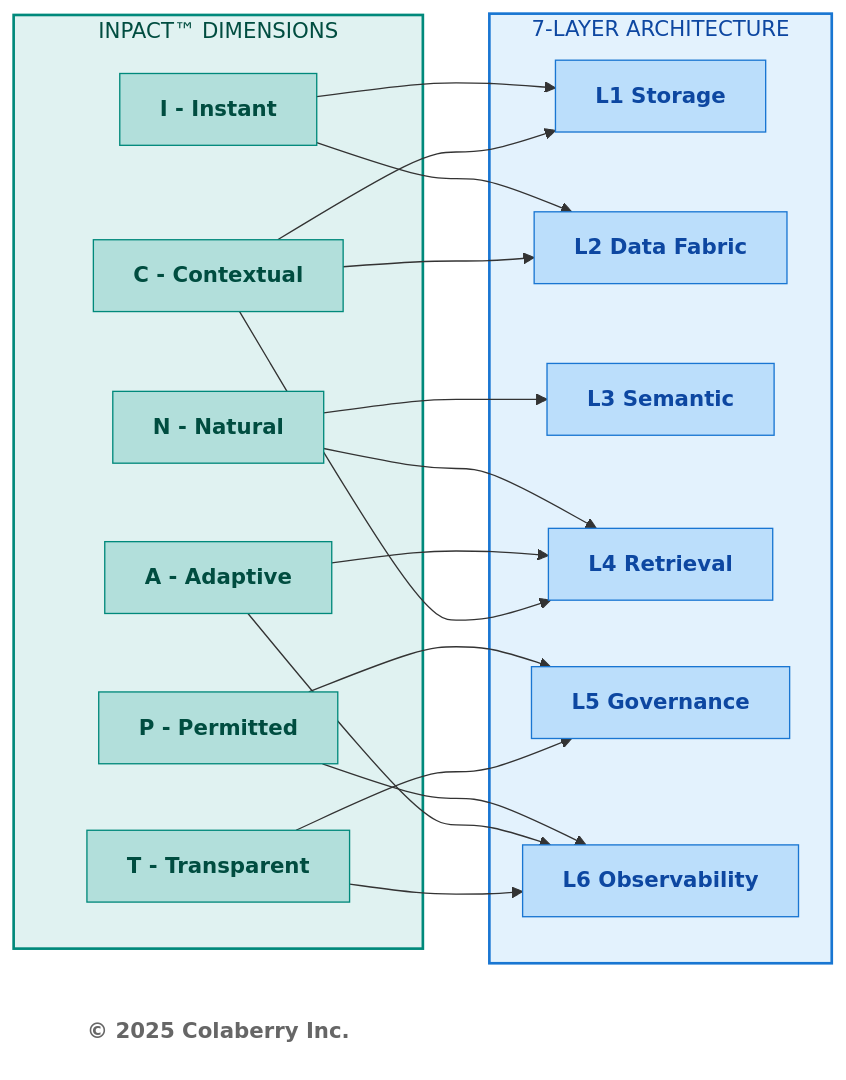
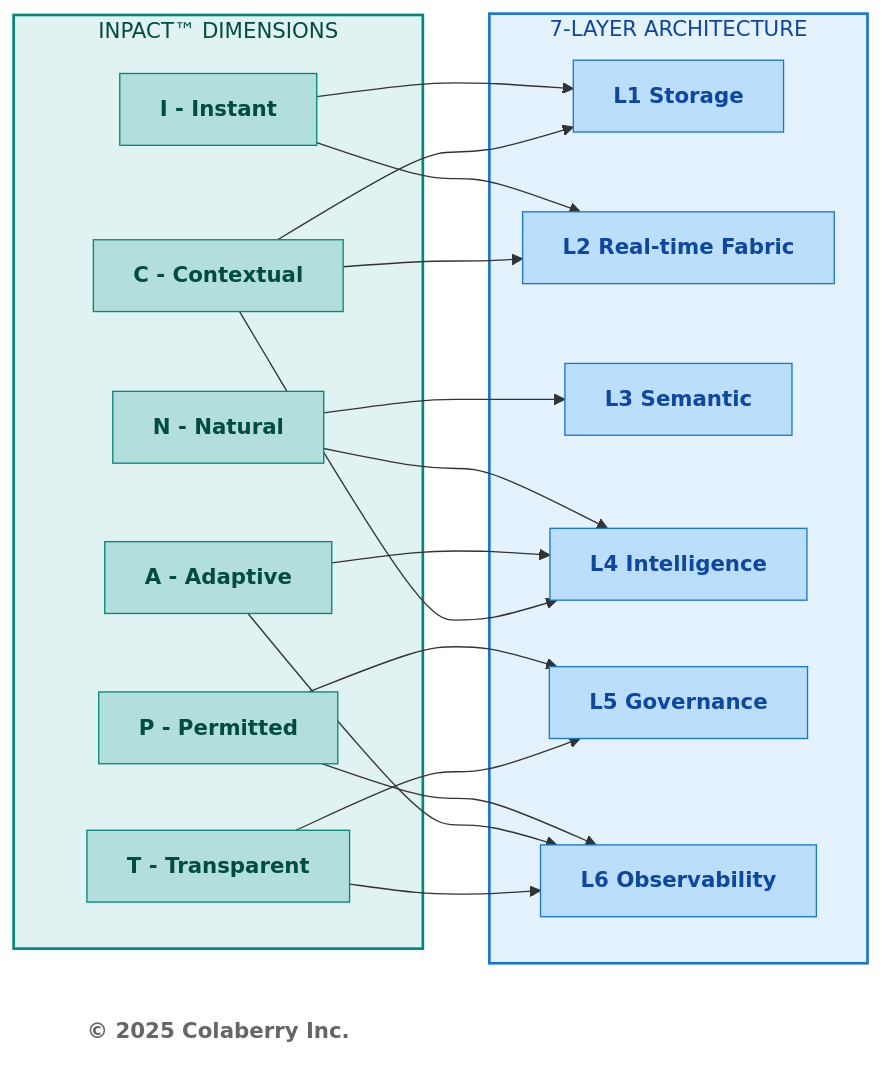
Before and after one commit to colaberry/trust-before-intelligence-book: the fourth of 6 diagrams in manuscript/10_chapter_9_measuring_agent_readiness.md, drawn with Mermaid. The commit also changed other lines of this file and 1 other file, not shown here.

First line of the commit message:
clearning up diagrams

````diff
--- a/manuscript/10_chapter_9_measuring_agent_readiness.md
+++ b/manuscript/10_chapter_9_measuring_agent_readiness.md
@@ -257,52 +261,52 @@
 ```mermaid
 graph LR
     subgraph INPACT["INPACT™ DIMENSIONS"]
         I["<b>I - Instant</b>"]
         N["<b>N - Natural</b>"]
         P["<b>P - Permitted</b>"]
         A["<b>A - Adaptive</b>"]
         C["<b>C - Contextual</b>"]
         T["<b>T - Transparent</b>"]
     end
     
     subgraph LAYERS["7-LAYER ARCHITECTURE"]
         L1["<b>L1 Storage</b>"]
-        L2["<b>L2 Data Fabric</b>"]
+        L2["<b>L2 Real-time Fabric</b>"]
         L3["<b>L3 Semantic</b>"]
-        L4["<b>L4 Retrieval</b>"]
+        L4["<b>L4 Intelligence</b>"]
         L5["<b>L5 Governance</b>"]
         L6["<b>L6 Observability</b>"]
     end
     
     I --> L1
     I --> L2
     N --> L3
     N --> L4
     P --> L5
     P --> L6
     A --> L4
     A --> L6
     C --> L1
     C --> L2
     C --> L4
     T --> L5
     T --> L6
     
     Copyright["<b>© 2025 Colaberry Inc.</b>"]
     
     style INPACT fill:#e0f2f1,stroke:#00897b,stroke-width:2px,color:#004d40
     style LAYERS fill:#e3f2fd,stroke:#1976d2,stroke-width:2px,color:#0d47a1
     style I fill:#b2dfdb,stroke:#00897b,color:#004d40
     style N fill:#b2dfdb,stroke:#00897b,color:#004d40
     style P fill:#b2dfdb,stroke:#00897b,color:#004d40
     style A fill:#b2dfdb,stroke:#00897b,color:#004d40
     style C fill:#b2dfdb,stroke:#00897b,color:#004d40
     style T fill:#b2dfdb,stroke:#00897b,color:#004d40
     style L1 fill:#bbdefb,stroke:#1976d2,color:#0d47a1
     style L2 fill:#bbdefb,stroke:#1976d2,color:#0d47a1
     style L3 fill:#bbdefb,stroke:#1976d2,color:#0d47a1
     style L4 fill:#bbdefb,stroke:#1976d2,color:#0d47a1
     style L5 fill:#bbdefb,stroke:#1976d2,color:#0d47a1
     style L6 fill:#bbdefb,stroke:#1976d2,color:#0d47a1
     style Copyright fill:#ffffff,stroke:none,color:#666666
 ```
````
